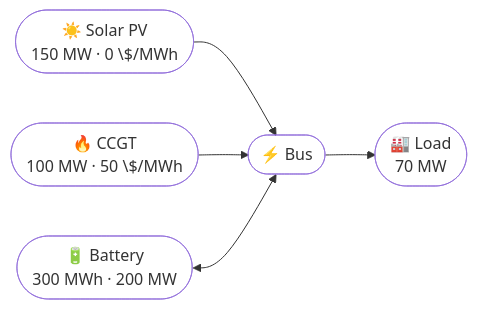
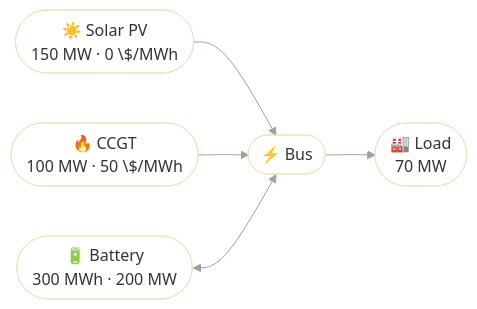
Before and after one commit to ramirocrc/odys: the diagram in docs/examples/battery_dispatch.md, drawn with Mermaid. The commit also changed other lines of this file and 3 other files, not shown here.

````diff
--- a/docs/examples/battery_dispatch.md
+++ b/docs/examples/battery_dispatch.md
@@ -15,12 +11,13 @@
 ```mermaid
+%%{init: {"theme": "base", "themeVariables": {"lineColor": "#95A5A6"}}}%%
 flowchart LR
     Solar(["☀️ Solar PV<br/>150 MW · 0 \$/MWh"]) --> Bus(["⚡ Bus"])
     CCGT(["🔥 CCGT<br/>100 MW · 50 \$/MWh"]) --> Bus
     Battery(["🔋 Battery<br/>300 MWh · 200 MW"]) <--> Bus
     Bus --> Load(["🏭 Load<br/>70 MW"])
     style Solar fill:none
     style CCGT fill:none
     style Battery fill:none
     style Bus fill:none
     style Load fill:none
 ```
````
